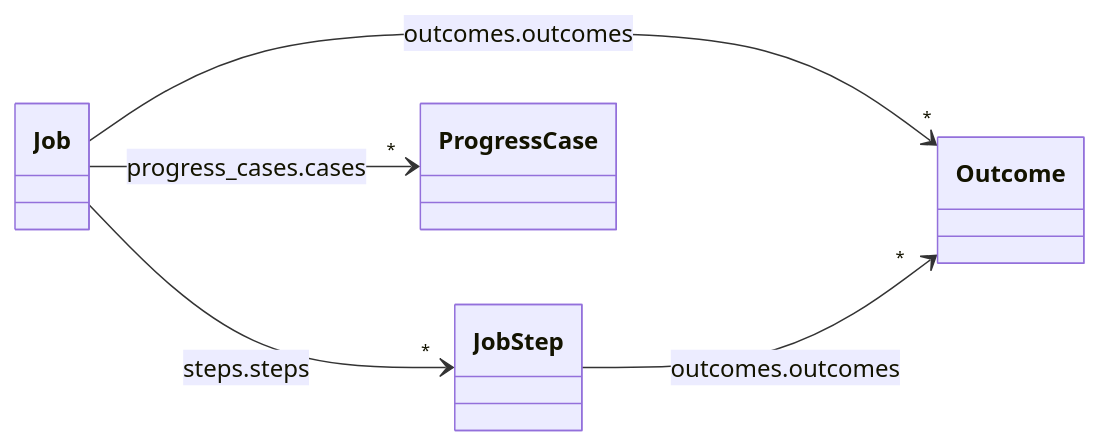
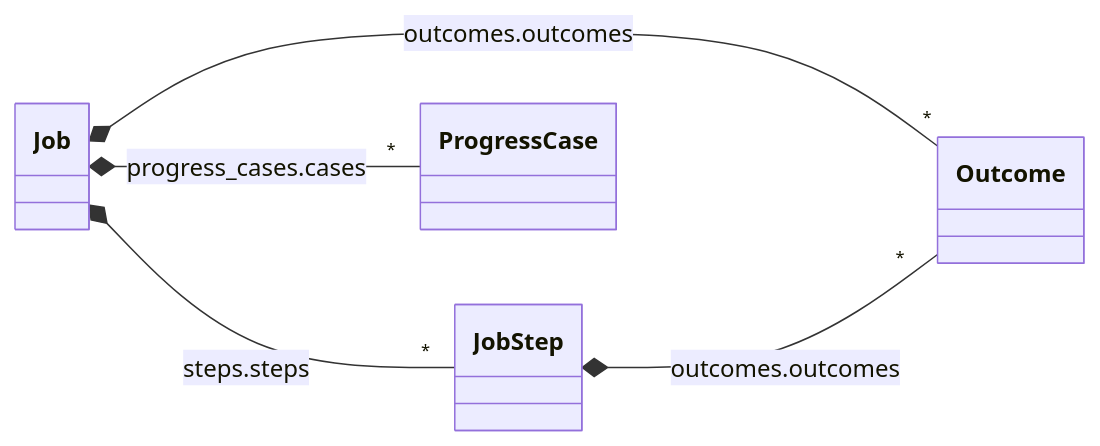
The second of 9 diagrams in docs/reference/model/core.md (craigsmitham/dotspec), drawn with Mermaid before and after one commit. The commit also changed other lines of this file and 72 other files, not shown here.

````diff
--- a/docs/reference/model/core.md
+++ b/docs/reference/model/core.md
@@ -54,12 +56,12 @@
 ```mermaid
 classDiagram
     direction LR
     class Job
     class JobStep
     class Outcome
     class ProgressCase
-    Job --> "*" JobStep : steps.steps
-    Job --> "*" Outcome : outcomes.outcomes
-    Job --> "*" ProgressCase : progress_cases.cases
-    JobStep --> "*" Outcome : outcomes.outcomes
+    Job *-- "*" JobStep : steps.steps
+    Job *-- "*" Outcome : outcomes.outcomes
+    Job *-- "*" ProgressCase : progress_cases.cases
+    JobStep *-- "*" Outcome : outcomes.outcomes
 ```
````
